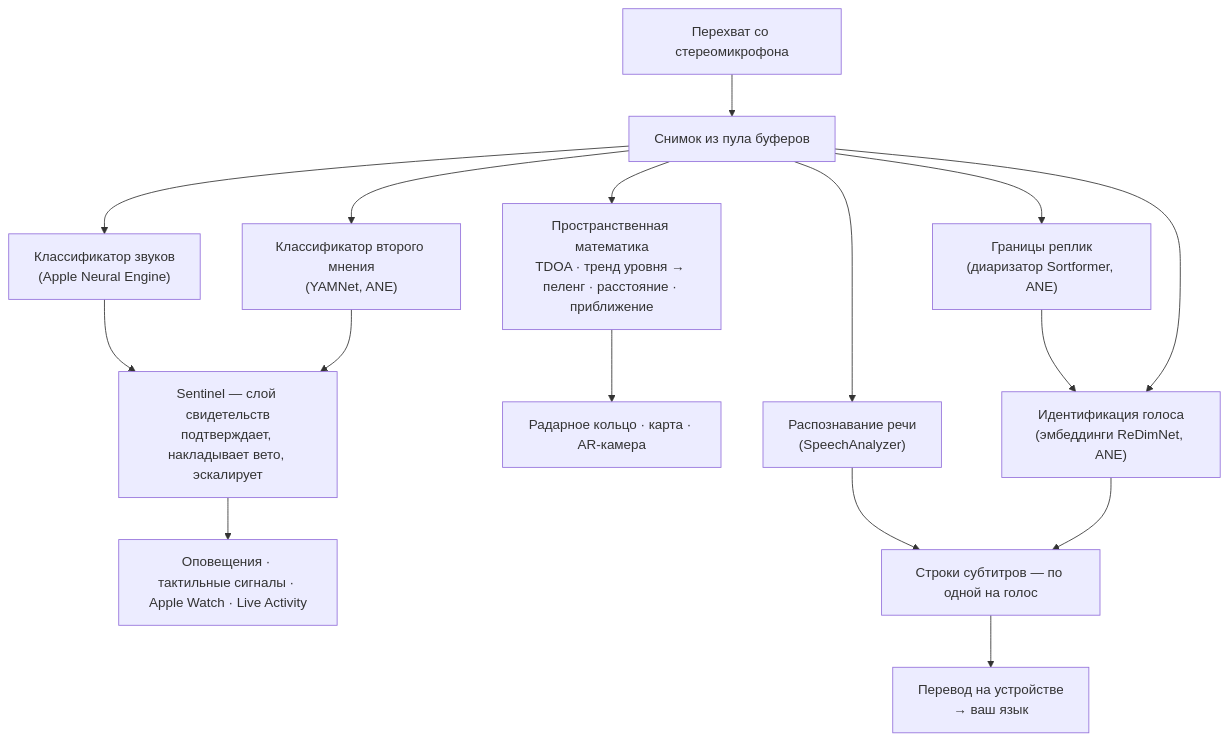
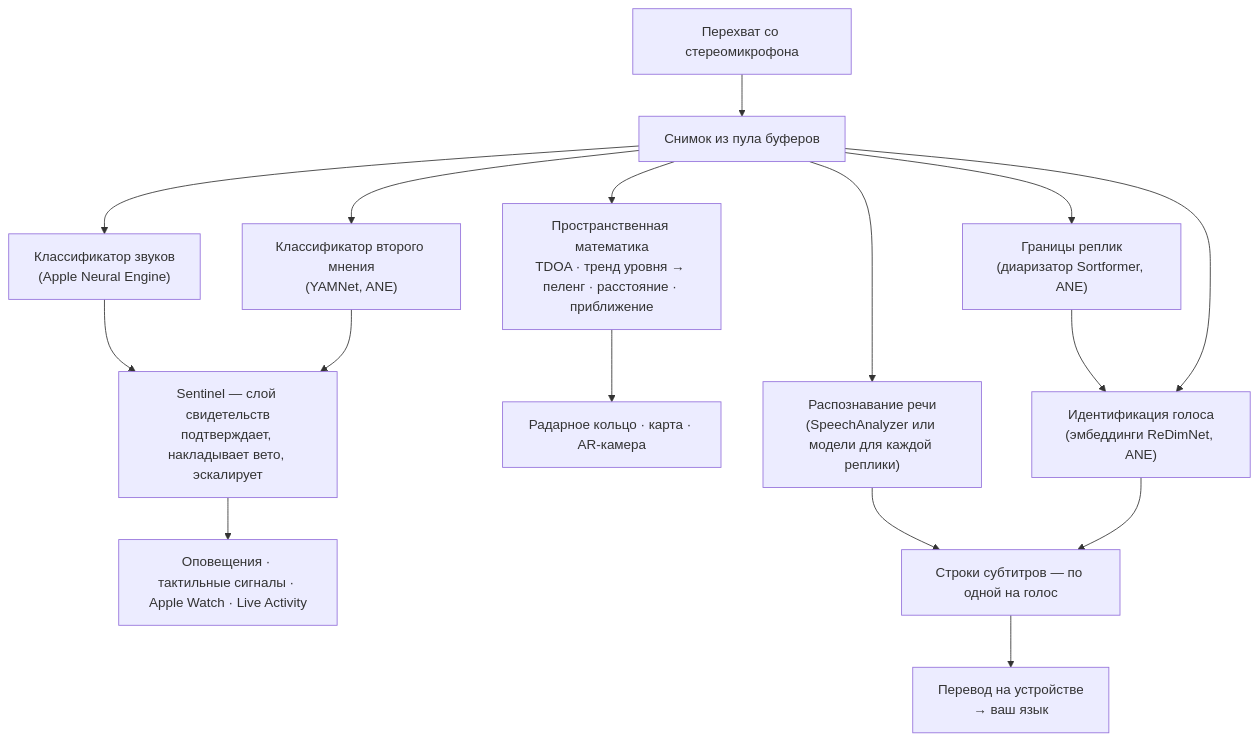
Before and after one commit to rpalm01-star/VigilantEarLegal: the second of 4 diagrams in README_ru.md, drawn with Mermaid. The commit also changed other lines of this file and 14 other files, not shown here.

````diff
--- a/README_ru.md
+++ b/README_ru.md
@@ -134,18 +145,18 @@
 ```mermaid
 graph TD
     A["Перехват со стереомикрофона"] --> B["Снимок из пула буферов"]
     B --> C["Классификатор звуков<br/>(Apple Neural Engine)"]
     B --> Y["Классификатор второго мнения<br/>(YAMNet, ANE)"]
     C --> S["Sentinel — слой свидетельств<br/>подтверждает, накладывает вето, эскалирует"]
     Y --> S
     S --> H["Оповещения · тактильные сигналы · Apple Watch · Live Activity"]
     B --> D["Пространственная математика<br/>TDOA · тренд уровня → пеленг · расстояние · приближение"]
     D --> R["Радарное кольцо · карта · AR-камера"]
-    B --> F["Распознавание речи<br/>(SpeechAnalyzer)"]
+    B --> F["Распознавание речи<br/>(SpeechAnalyzer или модели для каждой реплики)"]
     B --> N["Границы реплик<br/>(диаризатор Sortformer, ANE)"]
     N --> E["Идентификация голоса<br/>(эмбеддинги ReDimNet, ANE)"]
     B --> E
     F --> G["Строки субтитров — по одной на голос"]
     E --> G
     G --> T["Перевод на устройстве<br/>→ ваш язык"]
 ```
````
